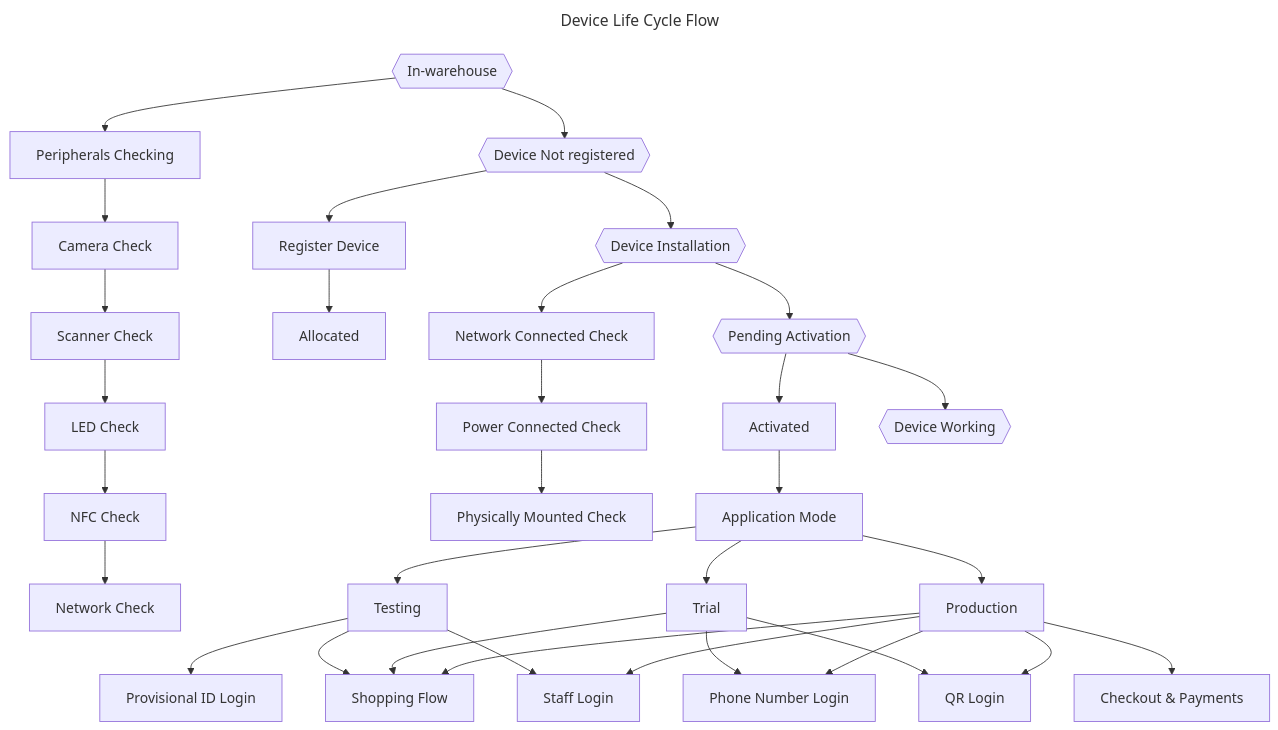
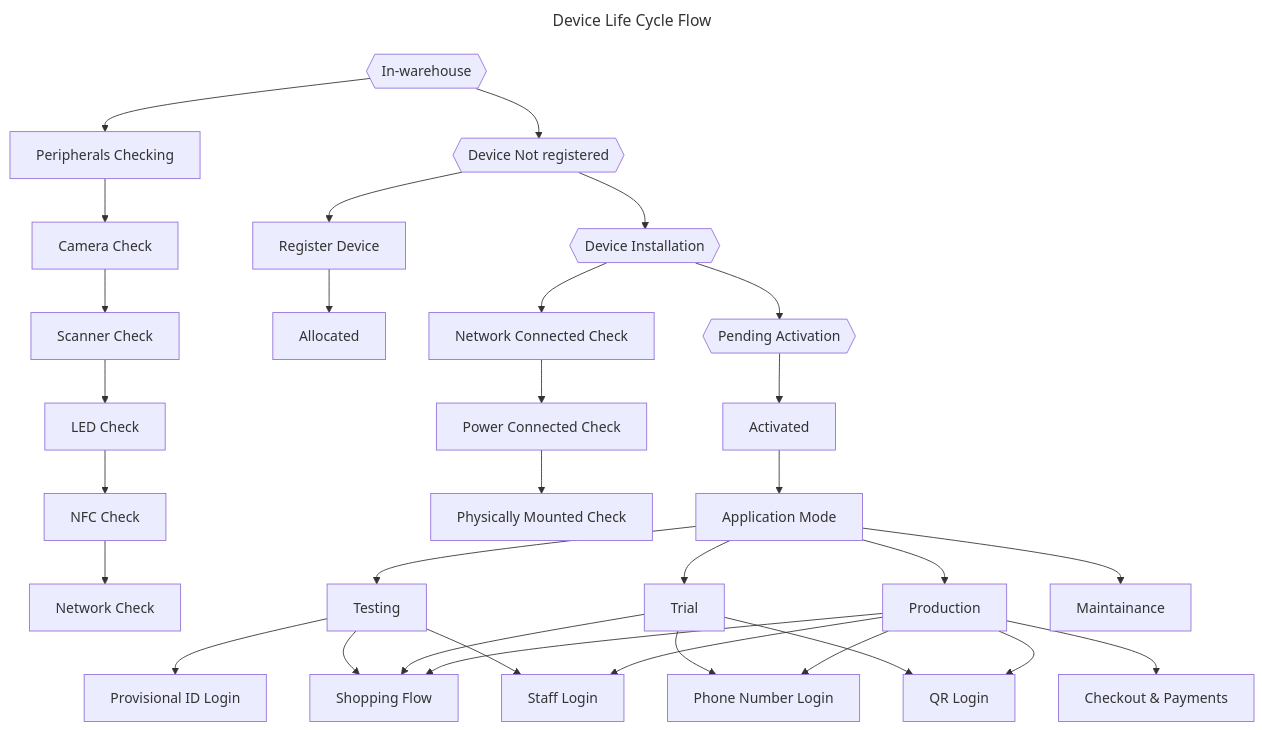
Before and after one commit to Ayush750502/PrologicTechnologies2025: the diagram in SkipQ/TO-DO 18-May-2026/README.MD, drawn with Mermaid.

````diff
--- a/SkipQ/TO-DO 18-May-2026/README.MD
+++ b/SkipQ/TO-DO 18-May-2026/README.MD
@@ -7,76 +7,77 @@
 ```mermaid
 ---
 title: Device Life Cycle Flow
 ---
 flowchart TD
 	A{{In-warehouse}}
 	A1[Peripherals Checking]
 	A2[Camera Check]
 	A3[Scanner Check]
 	A4[LED Check]
 	A5[NFC Check]
 	A6[Network Check]
 
 	B{{Device Not registered}}
 	B1[Register Device]
 	B2[Allocated]
 
 	C{{Device Installation}}
 	C1[Network Connected Check]
 	C2[Power Connected Check]
 	C3[Physically Mounted Check]
 
 	D{{Pending Activation}}
 	D1[Activated]
 	D2[Application Mode]
 	D21[Testing]
 	D211[Provisional ID Login]
 	D212[Shopping Flow]
 	D213[Staff Login]
 	D22[Trial]
 	D23[Production]
 	D231[Phone Number Login]
 	D232[QR Login]
 	D233[Checkout & Payments]
+	D24[Maintainance]
 
-	E{{Device Working}}
-
-	A --> B --> C --> D --> E
+	A --> B --> C --> D
 
 	A --> A1 --> A2 --> A3 --> A4 --> A5 --> A6
 
 	B --> B1 --> B2
 
 	C --> C1 --> C2 --> C3
 
 	D --> D1 --> D2
 
 	D2 --> D21 
 
 	D2 --> D22
 
 	D2 --> D23
+
+	D2 --> D24
 
 	D21 --> D211
 
 	D21 --> D212
 
 	D21 --> D213
 
 	D22 --> D231
 
 	D22 --> D232
 
 	D22 --> D212
 
 	D23 --> D231
 
 	D23 --> D232
 
 	D23 --> D212
 
 	D23 --> D213
 
 	D23 --> D233
 
 ```
````
